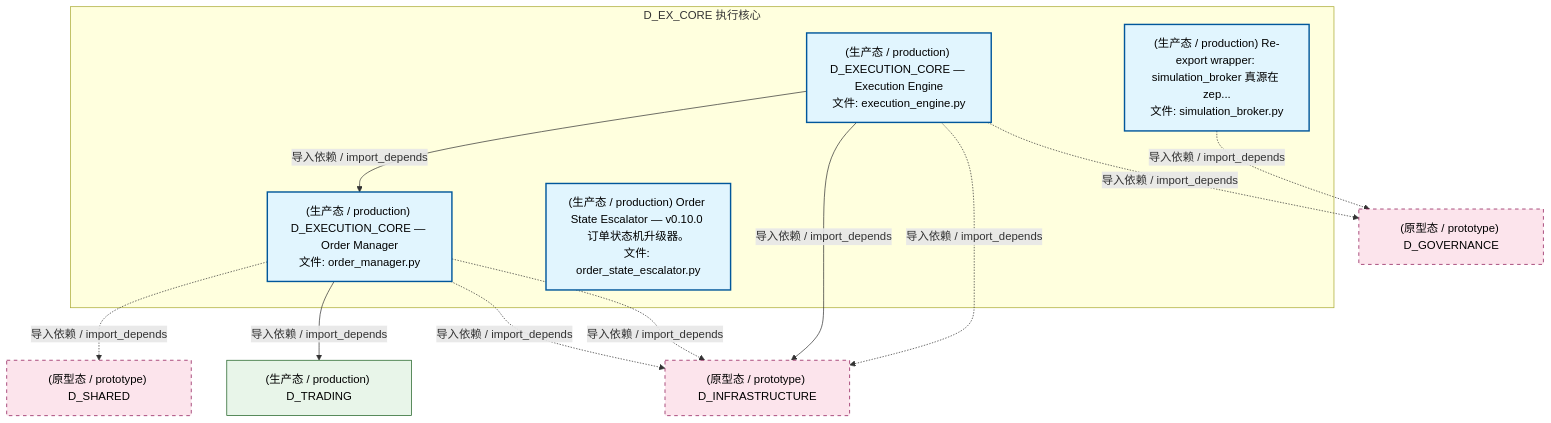
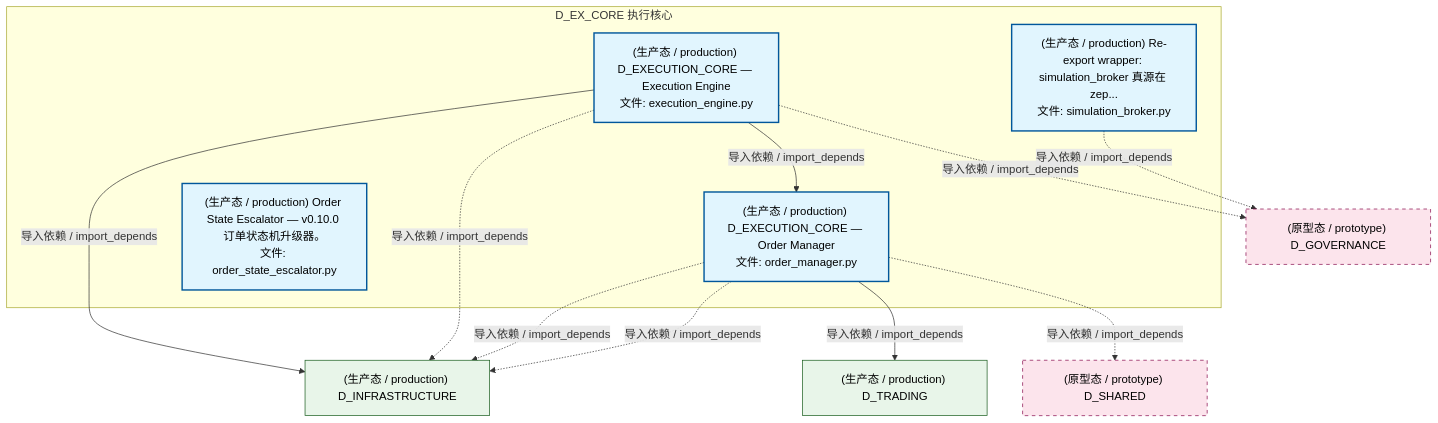
One commit to xuanFelixVan/ZephyrAlpha changed the second of 5 diagrams in docs/02_enterprise_architecture/02_domain_architecture_docs/34_d_ex_core.md. Above: the diagram before and after it, drawn with Mermaid. The commit also changed 111 other files, not shown here.

````diff
--- a/docs/02_enterprise_architecture/02_domain_architecture_docs/34_d_ex_core.md
+++ b/docs/02_enterprise_architecture/02_domain_architecture_docs/34_d_ex_core.md
@@ -126,29 +126,29 @@
 ```mermaid
 graph TD
     subgraph D_EX_CORE["D_EX_CORE 执行核心"]
         src_zephyr_ex_core_adapters_simulation_broker_py["(生产态 / production) Re-export wrapper: simulation_broker 真源在 zep...<br/>文件: simulation_broker.py"]
         src_zephyr_ex_core_execution_engine_py["(生产态 / production) D_EXECUTION_CORE — Execution Engine<br/>文件: execution_engine.py"]
         src_zephyr_ex_core_order_manager_py["(生产态 / production) D_EXECUTION_CORE — Order Manager<br/>文件: order_manager.py"]
         src_zephyr_governance_escalation_order_state_escalator_py["(生产态 / production) Order State Escalator — v0.10.0 订单状态机升级器。<br/>文件: order_state_escalator.py"]
     end
     src_zephyr_ex_core_execution_engine_py -->|导入依赖 / import_depends| src_zephyr_ex_core_order_manager_py
-    D_SHARED["(原型态 / prototype) D_SHARED"]
-    src_zephyr_ex_core_order_manager_py -.->|导入依赖 / import_depends| D_SHARED
-    D_TRADING["(生产态 / production) D_TRADING"]
-    src_zephyr_ex_core_order_manager_py -->|导入依赖 / import_depends| D_TRADING
-    D_INFRASTRUCTURE["(原型态 / prototype) D_INFRASTRUCTURE"]
-    src_zephyr_ex_core_order_manager_py -.->|导入依赖 / import_depends| D_INFRASTRUCTURE
-    src_zephyr_ex_core_order_manager_py -.->|导入依赖 / import_depends| D_INFRASTRUCTURE
+    D_INFRASTRUCTURE["(生产态 / production) D_INFRASTRUCTURE"]
     src_zephyr_ex_core_execution_engine_py -->|导入依赖 / import_depends| D_INFRASTRUCTURE
     D_GOVERNANCE["(原型态 / prototype) D_GOVERNANCE"]
     src_zephyr_ex_core_execution_engine_py -.->|导入依赖 / import_depends| D_GOVERNANCE
     src_zephyr_ex_core_execution_engine_py -.->|导入依赖 / import_depends| D_INFRASTRUCTURE
     src_zephyr_ex_core_adapters_simulation_broker_py -.->|导入依赖 / import_depends| D_GOVERNANCE
+    D_SHARED["(原型态 / prototype) D_SHARED"]
+    src_zephyr_ex_core_order_manager_py -.->|导入依赖 / import_depends| D_SHARED
+    D_TRADING["(生产态 / production) D_TRADING"]
+    src_zephyr_ex_core_order_manager_py -->|导入依赖 / import_depends| D_TRADING
+    src_zephyr_ex_core_order_manager_py -.->|导入依赖 / import_depends| D_INFRASTRUCTURE
+    src_zephyr_ex_core_order_manager_py -.->|导入依赖 / import_depends| D_INFRASTRUCTURE
     classDef production fill:#e1f5fe,stroke:#01579b,stroke-width:2px,color:#000
     classDef design fill:#fff3e0,stroke:#e65100,stroke-width:2px,color:#000,stroke-dasharray: 5 5
     classDef external_prod fill:#e8f5e9,stroke:#1b5e20,stroke-width:1px,color:#000
     classDef external_design fill:#fce4ec,stroke:#880e4f,stroke-width:1px,color:#000,stroke-dasharray: 5 5
     class src_zephyr_ex_core_adapters_simulation_broker_py,src_zephyr_ex_core_execution_engine_py,src_zephyr_ex_core_order_manager_py,src_zephyr_governance_escalation_order_state_escalator_py production
-    class D_TRADING external_prod
-    class D_SHARED,D_INFRASTRUCTURE,D_GOVERNANCE external_design
+    class D_INFRASTRUCTURE,D_TRADING external_prod
+    class D_GOVERNANCE,D_SHARED external_design
 ```
````
